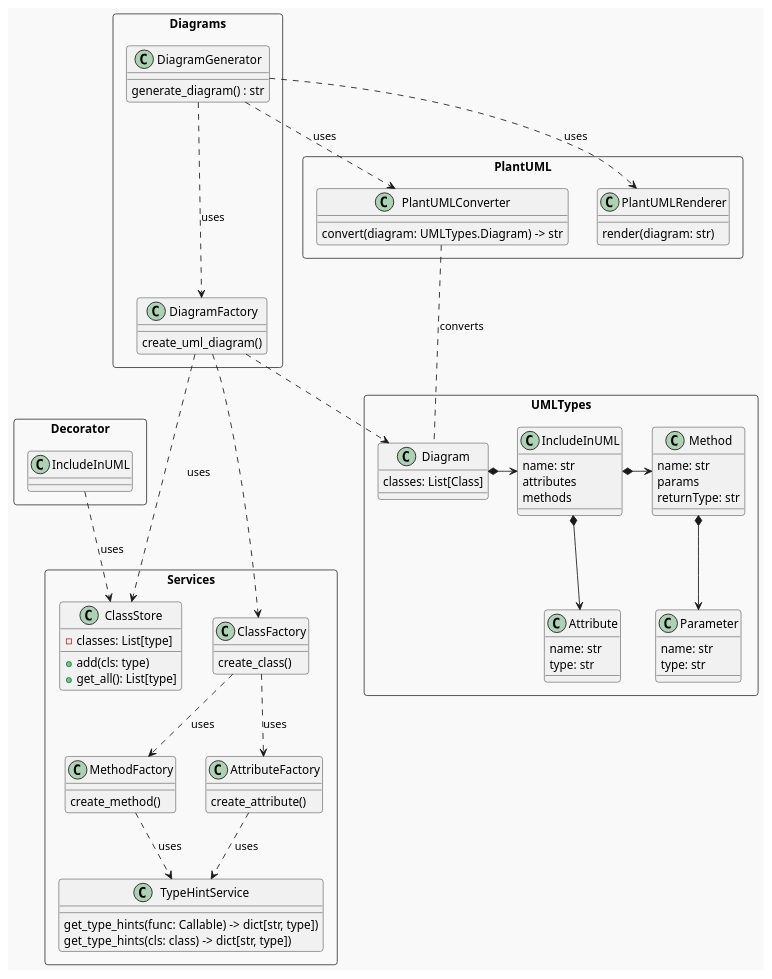
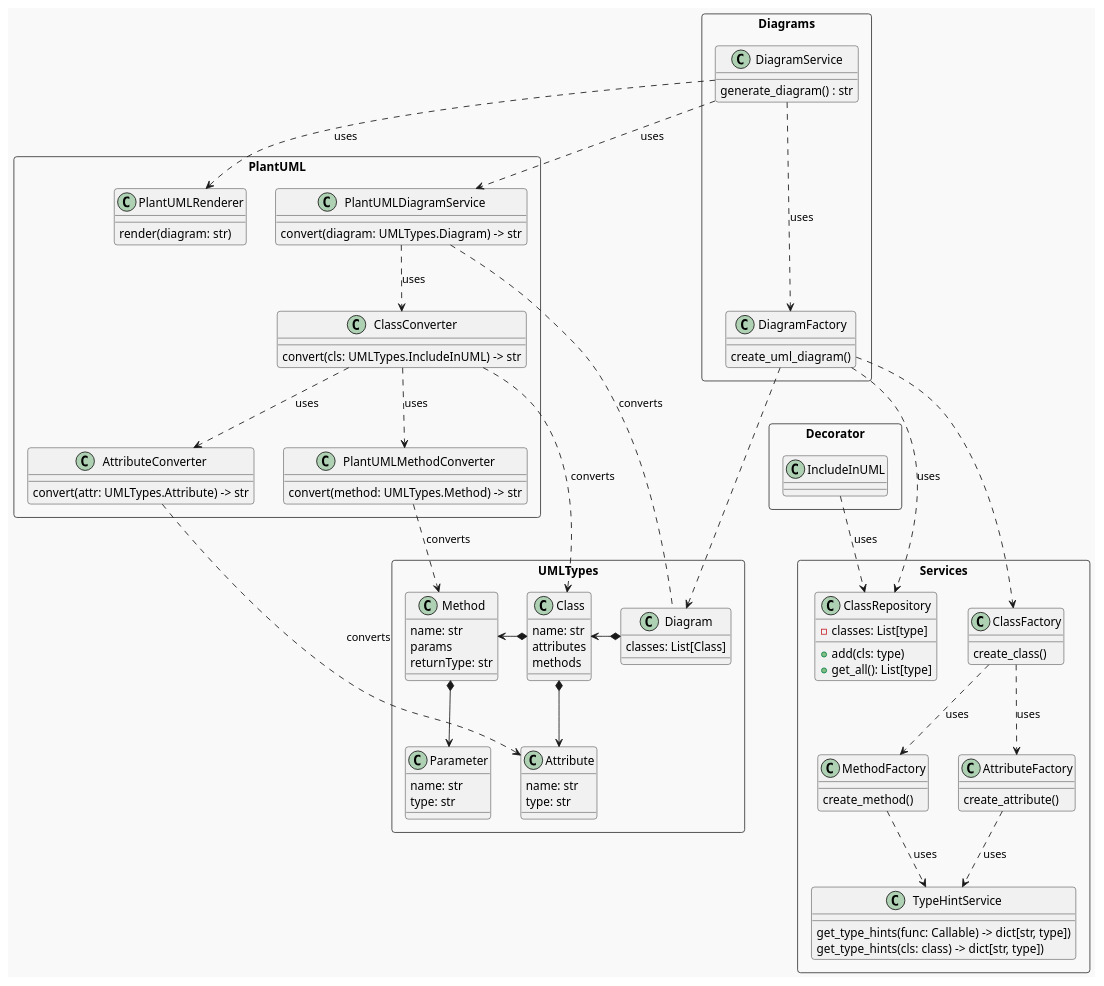
The diagram in python-lib/docs/pdgen-simple-class.puml (Softoft/pdgen), drawn with PlantUML before and after one commit. The commit also changed 1 other file, not shown here.

```diff
--- a/python-lib/docs/pdgen-simple-class.puml
+++ b/python-lib/docs/pdgen-simple-class.puml
@@ -1,106 +1,130 @@
 @startuml
 !theme mars
 
 rectangle UMLTypes {
     class Diagram{
         classes: List[Class]
     }
 
-    class IncludeInUML{
+    class Class{
         name: str
         attributes
         methods
     }
     class Method{
         name: str
         params
         returnType: str
     }
 
     class Attribute{
         name: str
         type: str
     }
 
     class Parameter{
         name: str
         type: str
     }
 
 
-    IncludeInUML *-down-> Attribute
-    IncludeInUML *-> Method
+    Class *-down-> Attribute
+    Class *-> Method
     Method *-down-> Parameter
     Method -[hidden]right- Attribute
-
-
-    Diagram *-> IncludeInUML
+    Diagram *-> Class
 }
 
 rectangle Decorator {
     class IncludeInUML{
     }
-
 }
 
 
 
 rectangle Services {
-    class ClassStore {
+    class ClassRepository {
         - classes: List[type]
         + add(cls: type)
         + get_all(): List[type]
     }
     class TypeHintService{
         get_type_hints(func: Callable) -> dict[str, type])
         get_type_hints(cls: class) -> dict[str, type])
     }
 
     class MethodFactory{
         create_method()
     }
 
     class AttributeFactory{
         create_attribute()
     }
 
     class ClassFactory{
         create_class()
     }
 
     ClassFactory ..> MethodFactory: uses
     ClassFactory ..> AttributeFactory: uses
 
     MethodFactory ..> TypeHintService: uses
     AttributeFactory ..> TypeHintService: uses
 }
 
 rectangle Diagrams{
-    class DiagramGenerator {
+    class DiagramService {
         generate_diagram() : str
     }
 
     class DiagramFactory{
         create_uml_diagram()
     }
-    DiagramGenerator ...> DiagramFactory: uses
+    DiagramService ...> DiagramFactory: uses
 }
 
 rectangle PlantUML{
-    class PlantUMLConverter{
+    class PlantUMLDiagramService{
         convert(diagram: UMLTypes.Diagram) -> str
     }
+    class ClassConverter{
+        convert(cls: UMLTypes.IncludeInUML) -> str
+    }
+
+    class AttributeConverter{
+        convert(attr: UMLTypes.Attribute) -> str
+    }
+
+    class PlantUMLMethodConverter{
+        convert(method: UMLTypes.Method) -> str
+    }
+
     class PlantUMLRenderer{
         render(diagram: str)
     }
+    PlantUMLDiagramService ..> ClassConverter: uses
+    ClassConverter ..> AttributeConverter: uses
+    ClassConverter ..> PlantUMLMethodConverter: uses
 }
 
-Decorator.IncludeInUML .down.> ClassStore: uses
+' Decorator Relations
+Decorator.IncludeInUML .down.> ClassRepository: uses
 
+' PlantUML Relations:
+
+ClassConverter ..> UMLTypes.Class: converts
+AttributeConverter ..> UMLTypes.Attribute: converts
+PlantUMLMethodConverter ..> UMLTypes.Method: converts
+
+
+' Services Relations:
 DiagramFactory ...> ClassFactory
-DiagramFactory ...> ClassStore: uses
+DiagramFactory ...> ClassRepository: uses
 DiagramFactory ..> UMLTypes.Diagram
-PlantUMLConverter .. UMLTypes.Diagram: converts
-DiagramGenerator ..> PlantUMLConverter: uses
-DiagramGenerator ..> PlantUMLRenderer: uses
+
+' Diagrams Relations:
+PlantUMLDiagramService .. UMLTypes.Diagram: converts
+DiagramService ..> PlantUMLDiagramService: uses
+DiagramService ..> PlantUMLRenderer: uses
+
 @enduml
```
